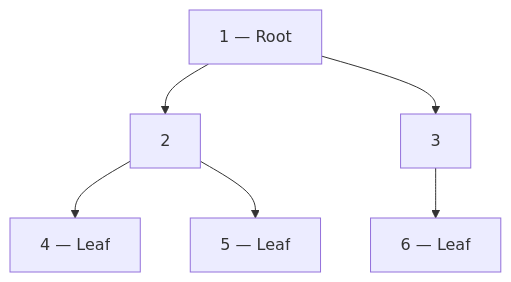
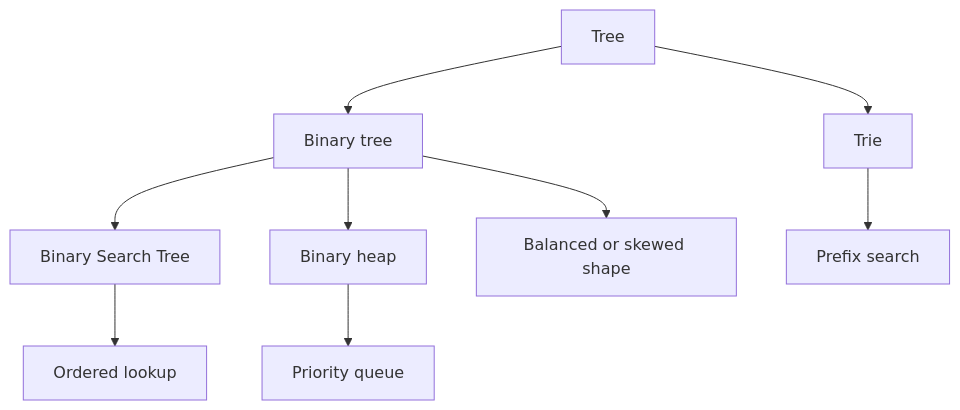
Before and after one commit to 9999dude/omega: the second of 19 diagrams in docs/datastructures/trees.md, drawn with Mermaid. The commit also changed other lines of this file and 58 other files, not shown here.

````diff
--- a/docs/datastructures/trees.md
+++ b/docs/datastructures/trees.md
@@ -85,8 +93,11 @@
 ```mermaid
-graph TD
-    A["1 — Root"] --> B["2"]
-    A --> C["3"]
-    B --> D["4 — Leaf"]
-    B --> E["5 — Leaf"]
-    C --> F["6 — Leaf"]
+flowchart TD
+    T["Tree"] --> B["Binary tree"]
+    T --> R["Trie"]
+    B --> BST["Binary Search Tree"]
+    B --> H["Binary heap"]
+    B --> BAL["Balanced or skewed shape"]
+    BST --> O["Ordered lookup"]
+    H --> P["Priority queue"]
+    R --> X["Prefix search"]
 ```
````
